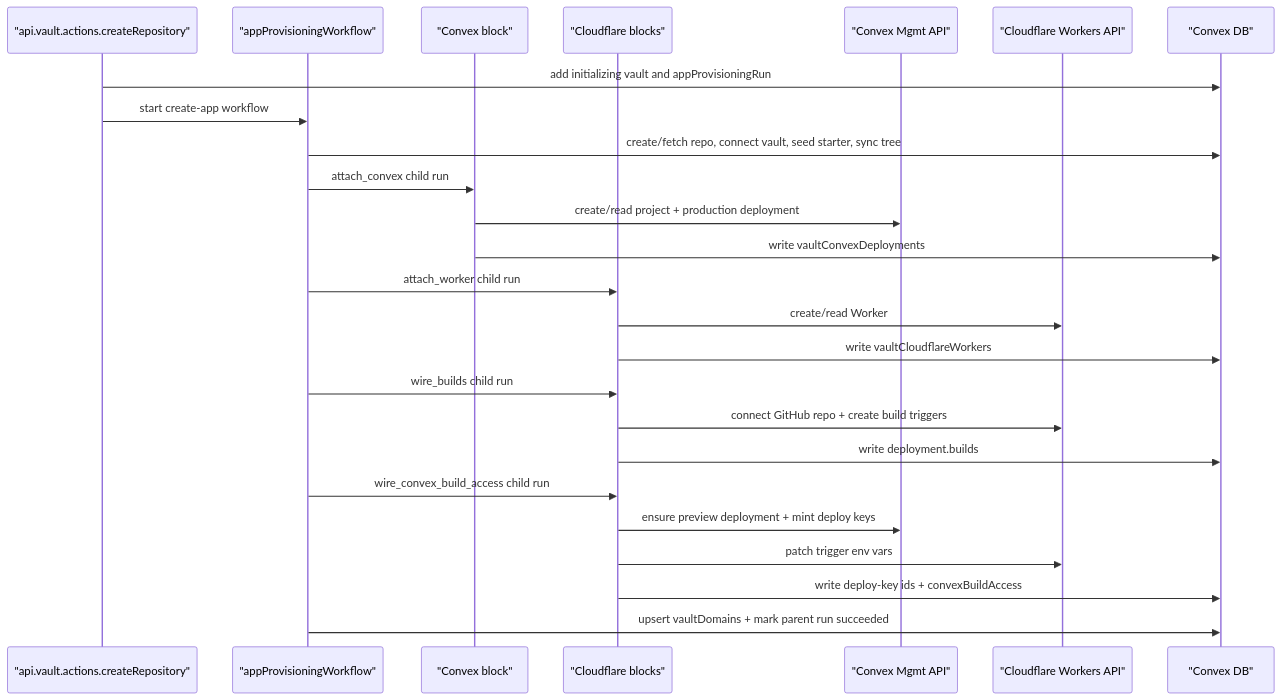
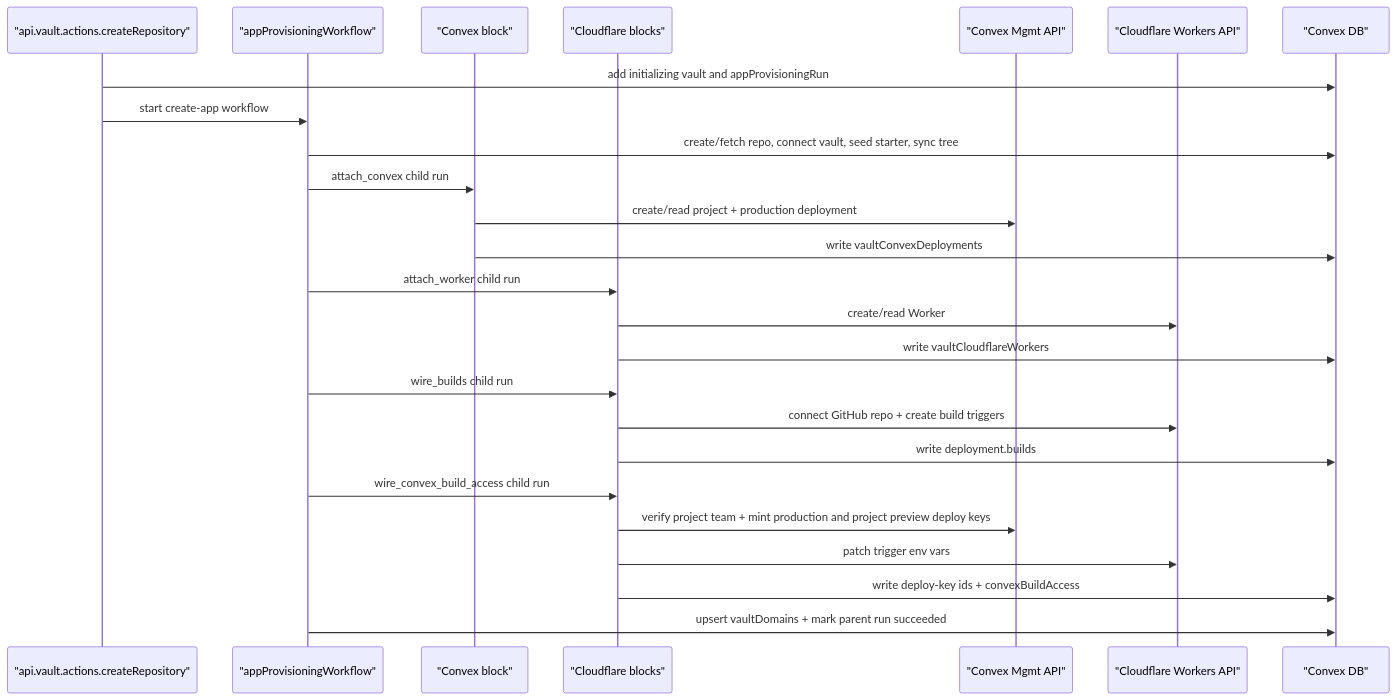
One commit to samebase/samebase changed the diagram in specs/003_VAULT_INFRA_PROVISIONING_SPEC.md. Above: the diagram before and after it, drawn with Mermaid. The commit also changed other lines of this file and 21 other files, not shown here.

````diff
--- a/specs/003_VAULT_INFRA_PROVISIONING_SPEC.md
+++ b/specs/003_VAULT_INFRA_PROVISIONING_SPEC.md
@@ -203,28 +201,28 @@
 ```mermaid
 sequenceDiagram
   participant VA as "api.vault.actions.createRepository"
   participant WF as "appProvisioningWorkflow"
   participant CVXB as "Convex block"
   participant CFB as "Cloudflare blocks"
   participant CVX as "Convex Mgmt API"
   participant CFL as "Cloudflare Workers API"
   participant DB as "Convex DB"
 
   VA->>DB: add initializing vault and appProvisioningRun
   VA->>WF: start create-app workflow
   WF->>DB: create/fetch repo, connect vault, seed starter, sync tree
   WF->>CVXB: attach_convex child run
   CVXB->>CVX: create/read project + production deployment
   CVXB->>DB: write vaultConvexDeployments
   WF->>CFB: attach_worker child run
   CFB->>CFL: create/read Worker
   CFB->>DB: write vaultCloudflareWorkers
   WF->>CFB: wire_builds child run
   CFB->>CFL: connect GitHub repo + create build triggers
   CFB->>DB: write deployment.builds
   WF->>CFB: wire_convex_build_access child run
-  CFB->>CVX: ensure preview deployment + mint deploy keys
+  CFB->>CVX: verify project team + mint production and project preview deploy keys
   CFB->>CFL: patch trigger env vars
   CFB->>DB: write deploy-key ids + convexBuildAccess
   WF->>DB: upsert vaultDomains + mark parent run succeeded
 ```
````
